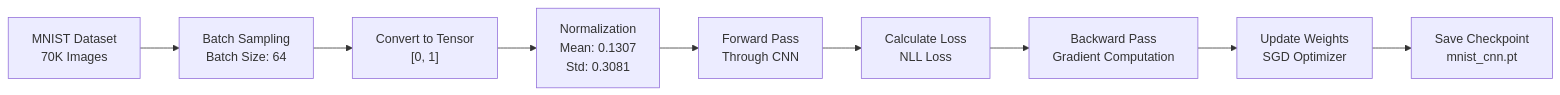
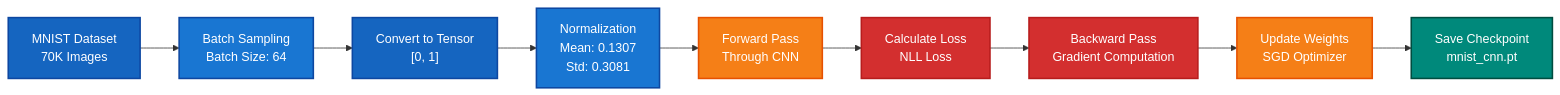
One commit to VishnuKant0925/MNIST-Digit-Classifier- changed the fourth of 5 diagrams in README.md. Above: the diagram before and after it, drawn with Mermaid. The commit also changed other lines of this file, not shown here.

````diff
--- a/README.md
+++ b/README.md
@@ -333,11 +338,21 @@
 ```mermaid
 graph LR
     A["MNIST Dataset<br/>70K Images"] --> B["Batch Sampling<br/>Batch Size: 64"]
     B --> C["Convert to Tensor<br/>[0, 1]"]
     C --> D["Normalization<br/>Mean: 0.1307<br/>Std: 0.3081"]
     D --> E["Forward Pass<br/>Through CNN"]
     E --> F["Calculate Loss<br/>NLL Loss"]
     F --> G["Backward Pass<br/>Gradient Computation"]
     G --> H["Update Weights<br/>SGD Optimizer"]
     H --> I["Save Checkpoint<br/>mnist_cnn.pt"]
+
+    style A fill:#1565C0,stroke:#0D47A1,stroke-width:2px,color:#fff
+    style B fill:#1976D2,stroke:#0D47A1,stroke-width:2px,color:#fff
+    style C fill:#1565C0,stroke:#0D47A1,stroke-width:2px,color:#fff
+    style D fill:#1976D2,stroke:#0D47A1,stroke-width:2px,color:#fff
+    style E fill:#F57F17,stroke:#E65100,stroke-width:2px,color:#fff
+    style F fill:#D32F2F,stroke:#B71C1C,stroke-width:2px,color:#fff
+    style G fill:#D32F2F,stroke:#B71C1C,stroke-width:2px,color:#fff
+    style H fill:#F57F17,stroke:#E65100,stroke-width:2px,color:#fff
+    style I fill:#00897B,stroke:#004D40,stroke-width:2px,color:#fff
 ```
````
